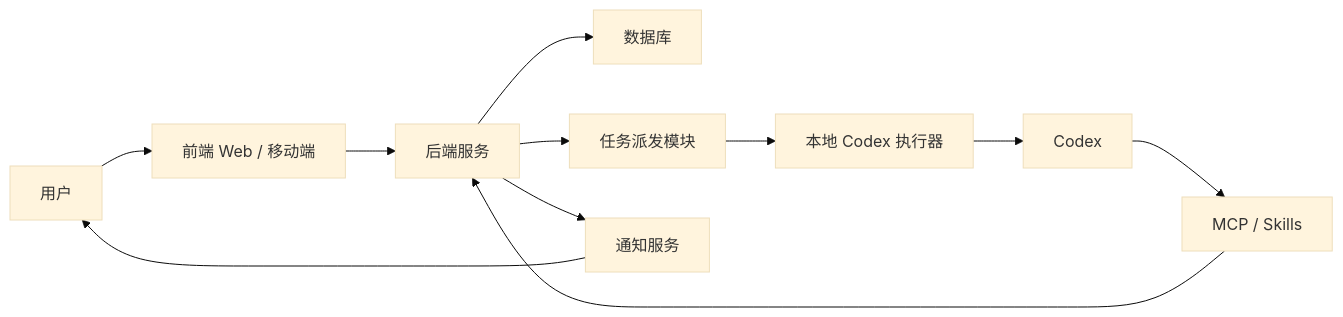
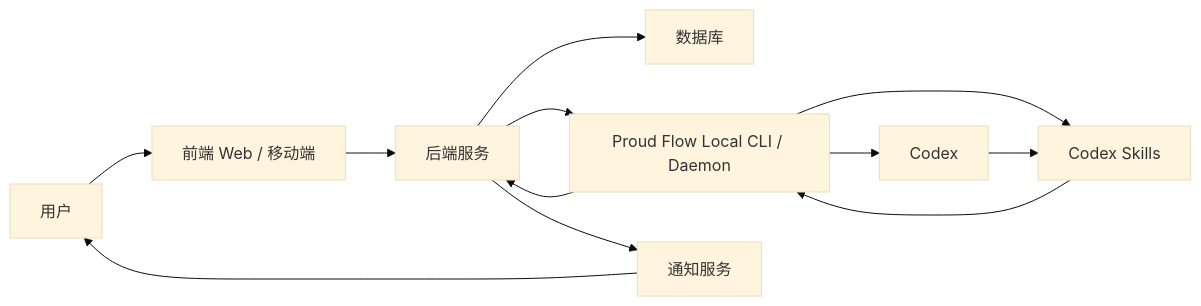
One commit to chaoyang805/proud-flow changed the first of 4 diagrams in docs/product-design.md. Above: the diagram before and after it, drawn with Mermaid (base theme). The commit also changed other lines of this file and 9 other files, not shown here.

Commit message:
docs: expand proud-flow architecture plans

````diff
--- a/docs/product-design.md
+++ b/docs/product-design.md
@@ -20,13 +19,14 @@
 ```mermaid
 flowchart LR
   User["用户"] --> Frontend["前端 Web / 移动端"]
   Frontend --> Backend["后端服务"]
   Backend --> Database["数据库"]
-  Backend --> Dispatcher["任务派发模块"]
-  Dispatcher --> Agent["本地 Codex 执行器"]
-  Agent --> Codex["Codex"]
-  Codex --> MCP["MCP / Skills"]
-  MCP --> Backend
+  Backend --> LocalCLI["Proud Flow Local CLI / Daemon"]
+  LocalCLI --> Codex["Codex"]
+  LocalCLI --> Skills["Codex Skills"]
+  Codex --> Skills
+  Skills --> LocalCLI
+  LocalCLI --> Backend
   Backend --> Notify["通知服务"]
   Notify --> User
 ```
````
